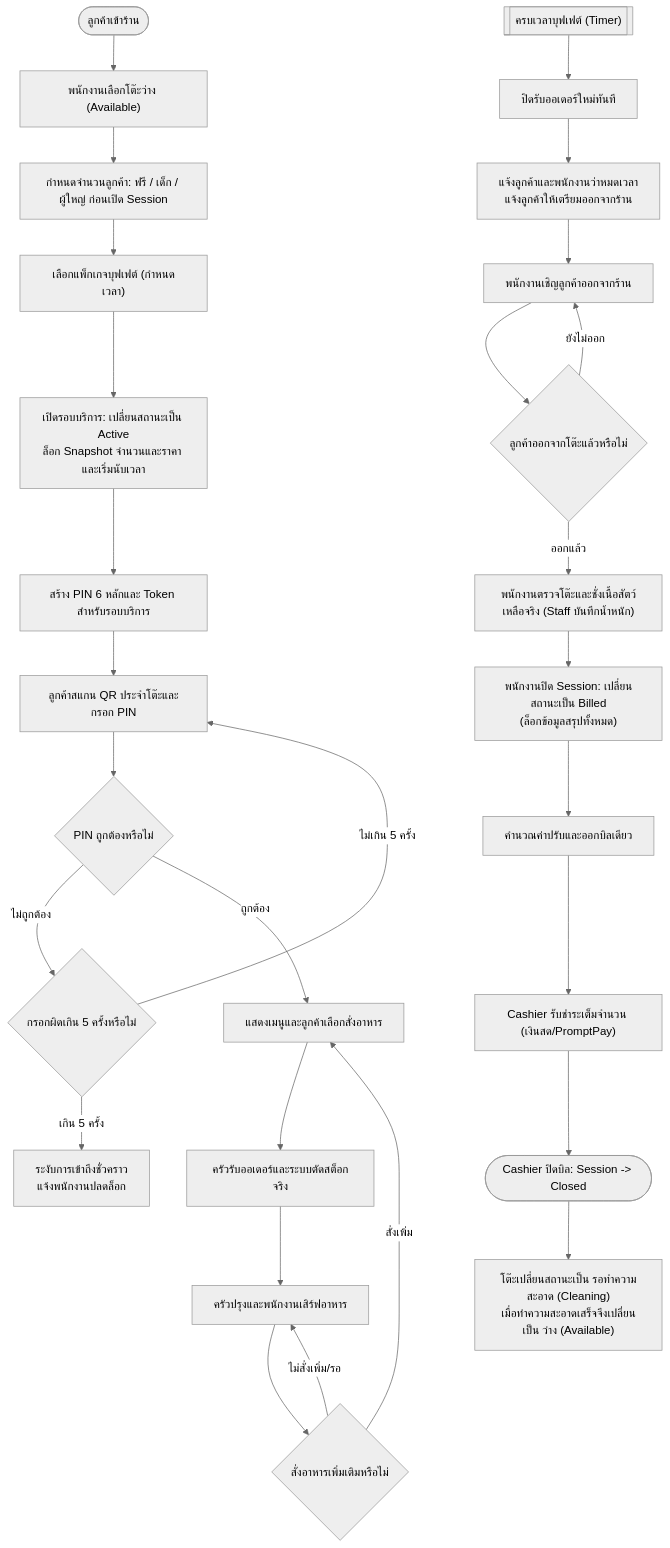
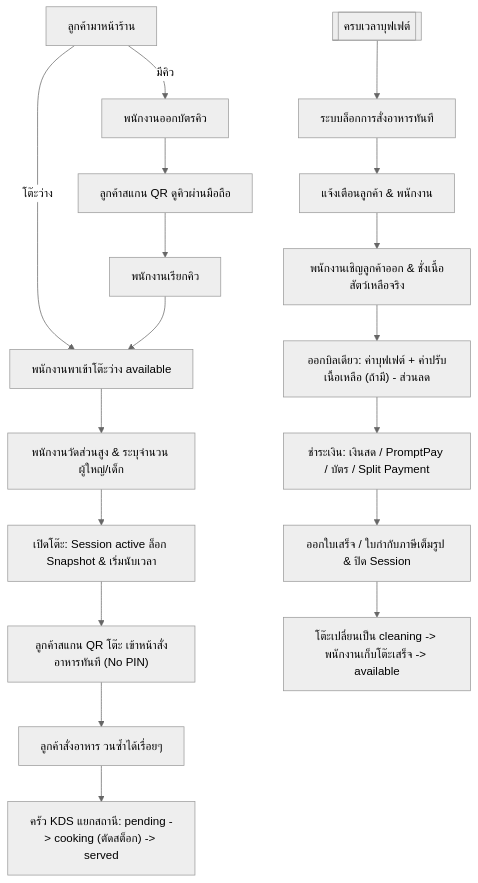
The first of 3 diagrams in docs/01-requirements/SRS.md (vvelr-sys/KURO), drawn with Mermaid (neutral theme) before and after one commit. The commit also changed other lines of this file and 7 other files, not shown here.

````diff
--- a/docs/01-requirements/SRS.md
+++ b/docs/01-requirements/SRS.md
@@ -637,41 +145,19 @@
 ```mermaid
 flowchart TD
-    A([ลูกค้าเข้าร้าน])
-    B["พนักงานเลือกโต๊ะว่าง (Available)"]
-    C["กำหนดจำนวนลูกค้า: ฟรี / เด็ก / ผู้ใหญ่ ก่อนเปิด Session"]
-    D["เลือกแพ็กเกจบุฟเฟต์ (กำหนดเวลา)"]
-    E["เปิดรอบบริการ: เปลี่ยนสถานะเป็น Active\nล็อก Snapshot จำนวนและราคา และเริ่มนับเวลา"]
-    F["สร้าง PIN 6 หลักและ Token สำหรับรอบบริการ"]
-    G["ลูกค้าสแกน QR ประจำโต๊ะและกรอก PIN"]
-    H{"PIN ถูกต้องหรือไม่"}
-    H_ERR{"กรอกผิดเกิน 5 ครั้งหรือไม่"}
-    LOCK["ระงับการเข้าถึงชั่วคราว\nแจ้งพนักงานปลดล็อก"]
-    I["แสดงเมนูและลูกค้าเลือกสั่งอาหาร"]
-    J["ครัวรับออเดอร์และระบบตัดสต็อกจริง"]
-    K["ครัวปรุงและพนักงานเสิร์ฟอาหาร"]
-    LOOP{"สั่งอาหารเพิ่มเติมหรือไม่"}
+    Q[ลูกค้ามาหน้าร้าน] -->|มีคิว| Q1[พนักงานออกบัตรคิว] --> Q2[ลูกค้าสแกน QR ดูคิวผ่านมือถือ] --> Q3[พนักงานเรียกคิว]
+    Q -->|โต๊ะว่าง| T1[พนักงานพาเข้าโต๊ะว่าง available]
+    Q3 --> T1
+    T1 --> T2["พนักงานวัดส่วนสูง & ระบุจำนวน ผู้ใหญ่/เด็ก"]
+    T2 --> T3["เปิดโต๊ะ: Session active ล็อก Snapshot & เริ่มนับเวลา"]
+    T3 --> T4["ลูกค้าสแกน QR โต๊ะ เข้าหน้าสั่งอาหารทันที (No PIN)"]
+    T4 --> ORDER["ลูกค้าสั่งอาหาร วนซ้ำได้เรื่อยๆ"]
+    ORDER --> KDS["ครัว KDS แยกสถานี: pending -> cooking (ตัดสต็อก) -> served"]
     
-    TIMER[["ครบเวลาบุฟเฟต์ (Timer)"]]
-    L["ปิดรับออเดอร์ใหม่ทันที"]
-    M["แจ้งลูกค้าและพนักงานว่าหมดเวลา\nแจ้งลูกค้าให้เตรียมออกจากร้าน"]
-    N["พนักงานเชิญลูกค้าออกจากร้าน"]
-    O{"ลูกค้าออกจากโต๊ะแล้วหรือไม่"}
-    R["พนักงานตรวจโต๊ะและชั่งเนื้อสัตว์เหลือจริง (Staff บันทึกน้ำหนัก)"]
-    P["พนักงานปิด Session: เปลี่ยนสถานะเป็น Billed\n(ล็อกข้อมูลสรุปทั้งหมด)"]
-    S["คำนวณค่าปรับและออกบิลเดียว"]
-    T["Cashier รับชำระเต็มจำนวน (เงินสด/PromptPay)"]
-    U([Cashier ปิดบิล: Session -> Closed])
-    V["โต๊ะเปลี่ยนสถานะเป็น รอทำความสะอาด (Cleaning)\nเมื่อทำความสะอาดเสร็จจึงเปลี่ยนเป็น ว่าง (Available)"]
-
-    A --> B --> C --> D --> E --> F --> G --> H
-    H -->|ไม่ถูกต้อง| H_ERR
-    H_ERR -->|ไม่เกิน 5 ครั้ง| G
-    H_ERR -->|เกิน 5 ครั้ง| LOCK
-    H -->|ถูกต้อง| I --> J --> K --> LOOP
-    LOOP -->|สั่งเพิ่ม| I
-    LOOP -->|ไม่สั่งเพิ่ม/รอ| K
-
-    TIMER --> L --> M --> N --> O
-    O -->|ยังไม่ออก| N
-    O -->|ออกแล้ว| R --> P --> S --> T --> U --> V
+    TIMER[["ครบเวลาบุฟเฟต์"]] --> L1["ระบบล็อกการสั่งอาหารทันที"]
+    L1 --> L2["แจ้งเตือนลูกค้า & พนักงาน"]
+    L2 --> L3["พนักงานเชิญลูกค้าออก & ชั่งเนื้อสัตว์เหลือจริง"]
+    L3 --> B1["ออกบิลเดียว: ค่าบุฟเฟต์ + ค่าปรับเนื้อเหลือ (ถ้ามี) - ส่วนลด"]
+    B1 --> B2["ชำระเงิน: เงินสด / PromptPay / บัตร / Split Payment"]
+    B2 --> B3["ออกใบเสร็จ / ใบกำกับภาษีเต็มรูป & ปิด Session"]
+    B3 --> CL["โต๊ะเปลี่ยนเป็น cleaning -> พนักงานเก็บโต๊ะเสร็จ -> available"]
 ```
````
